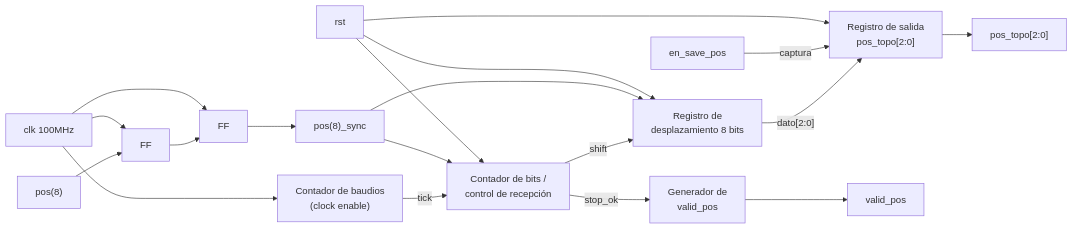
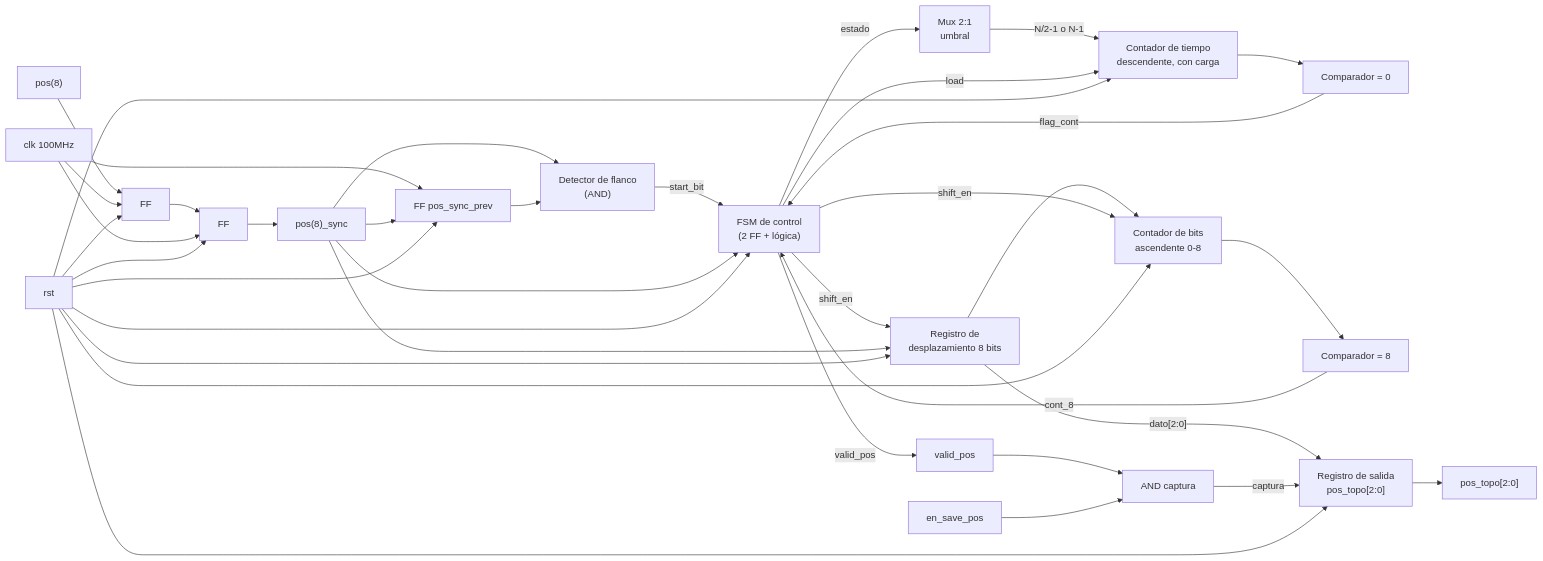
Before and after one commit to Taller-de-diseno-digital-GR01/Proyecto-1-Whack-a-mole: the diagram in docs/diseño/Diseños_Separados/fpga/m01_receptor_uart.md, drawn with Mermaid. The commit also changed other lines of this file, not shown here.

````diff
--- a/docs/diseño/Diseños_Separados/fpga/m01_receptor_uart.md
+++ b/docs/diseño/Diseños_Separados/fpga/m01_receptor_uart.md
@@ -83,21 +123,39 @@
 ```mermaid
 flowchart LR
-    pos["pos(8)"] --> S1["FF"] 
-    S1["FF"]--> S2["FF"]
+    pos["pos(8)"] --> S1["FF"]
+    S1["FF"] --> S2["FF"]
     S2["FF"] --> SYNC["pos(8)_sync"]
     CLK["clk 100MHz"] --> S1
     CLK --> S2
-    CLK --> BAUD["Contador de baudios<br/>(clock enable)"]
-    BAUD -->|"tick"| CTRL["Contador de bits /<br/>control de recepción"]
+    CLK --> FEDGE["FF pos_sync_prev"]
+    SYNC --> FEDGE
+    SYNC --> EDGE["Detector de flanco<br/>(AND)"]
+    FEDGE --> EDGE
+    EDGE -->|"start_bit"| CTRL["FSM de control<br/>(2 FF + lógica)"]
+    CTRL -->|"estado"| MUX["Mux 2:1<br/>umbral"]
+    MUX -->|"N/2-1 o N-1"| TCNT["Contador de tiempo<br/>descendente, con carga"]
+    CTRL -->|"load"| TCNT
+    TCNT --> CMP0["Comparador = 0"]
+    CMP0 -->|"flag_cont"| CTRL
+    CTRL -->|"shift_en"| SH["Registro de<br/>desplazamiento 8 bits"]
+    SYNC --> SH
+    SH --> BCNT["Contador de bits<br/>ascendente 0-8"]
+    CTRL -->|"shift_en"| BCNT
+    BCNT --> CMP8["Comparador = 8"]
+    CMP8 -->|"cont_8"| CTRL
     SYNC --> CTRL
-    CTRL -->|"shift"| SH["Registro de<br/>desplazamiento 8 bits"]
-    SYNC --> SH
-    CTRL -->|"stop_ok"| VAL["Generador de<br/>valid_pos"]
+    CTRL -->|"valid_pos"| VAL["valid_pos"]
+    VAL --> AND1["AND captura"]
+    en_save_pos["en_save_pos"] --> AND1
     SH -->|"dato[2:0]"| REGOUT["Registro de salida<br/>pos_topo[2:0]"]
-    en_save_pos["en_save_pos"] -->|captura| REGOUT
-    VAL --> valid_pos["valid_pos"]
+    AND1 -->|captura| REGOUT
     REGOUT --> pos_topo["pos_topo[2:0]"]
-    rst["rst"] --> CTRL
+    rst["rst"] --> S1
+    rst --> S2
+    rst --> FEDGE
+    rst --> CTRL
+    rst --> TCNT
     rst --> SH
+    rst --> BCNT
     rst --> REGOUT
 ```
````
